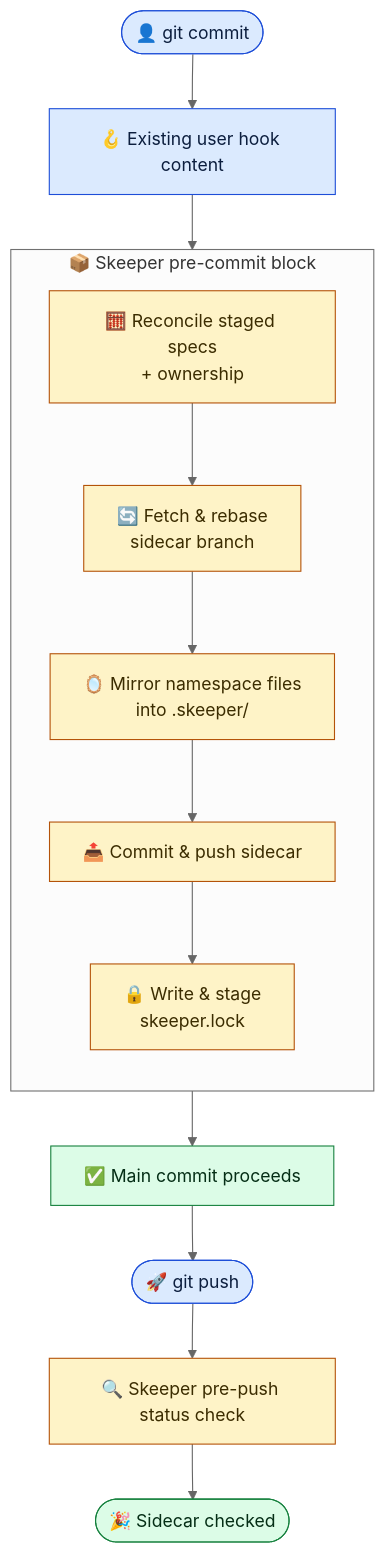
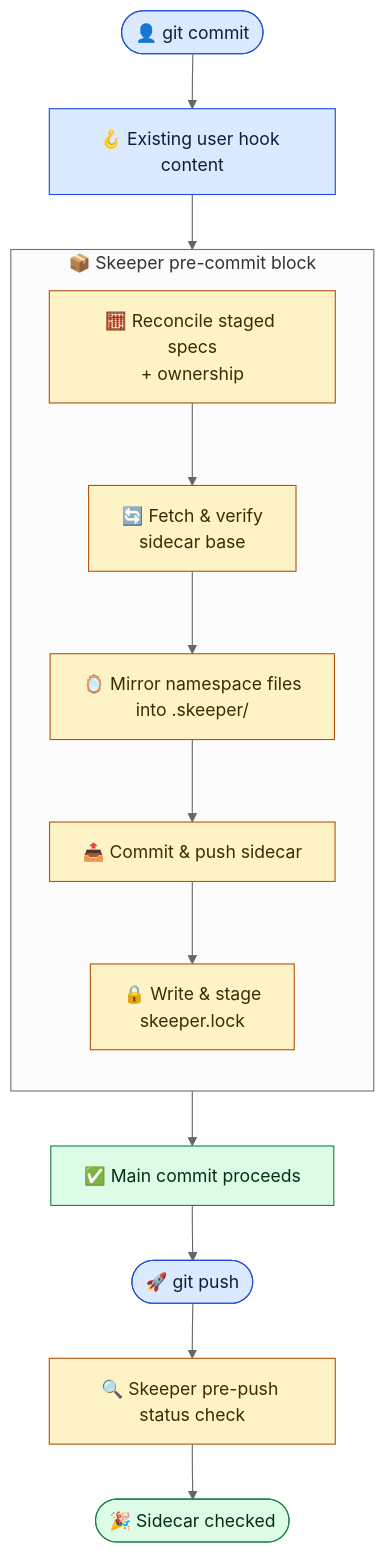
Before and after one commit to compozy/skeeper: the diagram in README.md, drawn with Mermaid (neutral theme). The commit also changed other lines of this file and 11 other files, not shown here.

````diff
--- a/README.md
+++ b/README.md
@@ -97,23 +97,23 @@
 ```mermaid
 flowchart TD
     Start([👤 git commit]):::user --> UserHook[🪝 Existing user hook content]:::user
     UserHook --> Block
 
     subgraph Block [📦 Skeeper pre-commit block]
         direction TB
-        S1[🧮 Reconcile staged specs<br/>+ ownership] --> S2[🔄 Fetch &amp; rebase<br/>sidecar branch]
+        S1[🧮 Reconcile staged specs<br/>+ ownership] --> S2[🔄 Fetch &amp; verify<br/>sidecar base]
         S2 --> S3[🪞 Mirror namespace files<br/>into .skeeper/]
         S3 --> S4[📤 Commit &amp; push sidecar]
         S4 --> S5[🔒 Write &amp; stage<br/>skeeper.lock]
     end
 
     Block --> Commit[✅ Main commit proceeds]:::ok
     Commit --> Push([🚀 git push]):::user
     Push --> Verify[🔍 Skeeper pre-push status check]:::skeeper
     Verify --> Done([🎉 Sidecar checked]):::ok
 
     classDef user fill:#dbeafe,stroke:#1d4ed8,color:#0c1e3e
     classDef skeeper fill:#fef3c7,stroke:#b45309,color:#3b2c00
     classDef ok fill:#dcfce7,stroke:#15803d,color:#052e16
     class S1,S2,S3,S4,S5 skeeper
 ```
````
